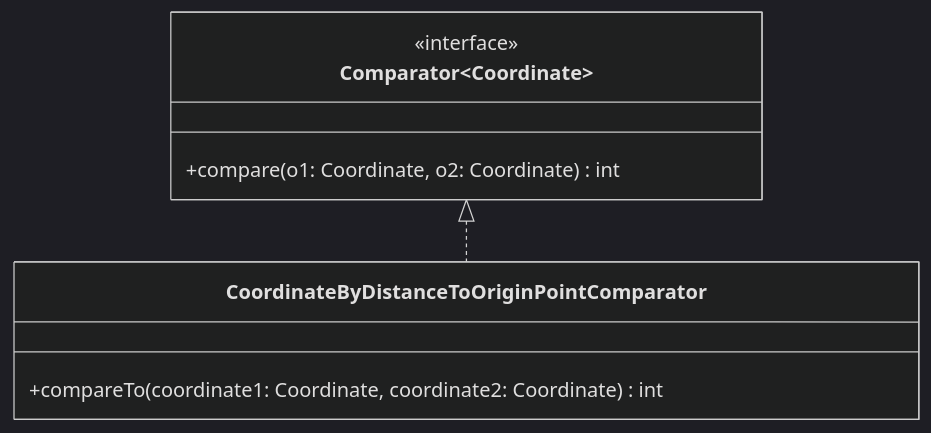
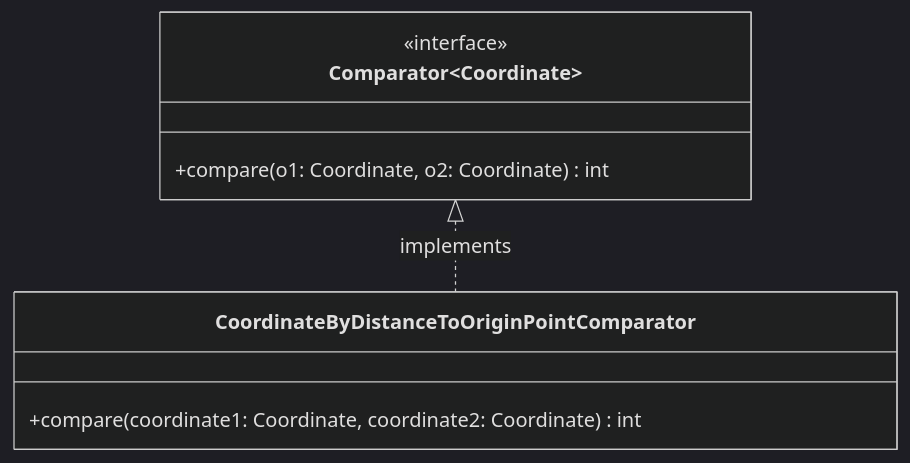
Before and after one commit to jappuccini/java-docs: the diagram in docs/exercises/comparators/comparators02.mdx, drawn with Mermaid (dark theme). The commit also changed other lines of this file and 5 other files, not shown here.

Commit message:
fix mermaid diagrams to match solution

````diff
--- a/docs/exercises/comparators/comparators02.mdx
+++ b/docs/exercises/comparators/comparators02.mdx
@@ -16,13 +16,13 @@
 ```mermaid
 classDiagram
-    Comparator~Coordinate~ <|.. CoordinateByDistanceToOriginPointComparator
+    Comparator~Coordinate~ <|.. CoordinateByDistanceToOriginPointComparator : implements
 
     class CoordinateByDistanceToOriginPointComparator {
-        +compareTo(coordinate1: Coordinate, coordinate2: Coordinate) int
+        +compare(coordinate1: Coordinate, coordinate2: Coordinate) int
     }
 
     class Comparator~Coordinate~ {
         <<interface>>
         +compare(o1: Coordinate, o2: Coordinate) int
     }
 ```
````
